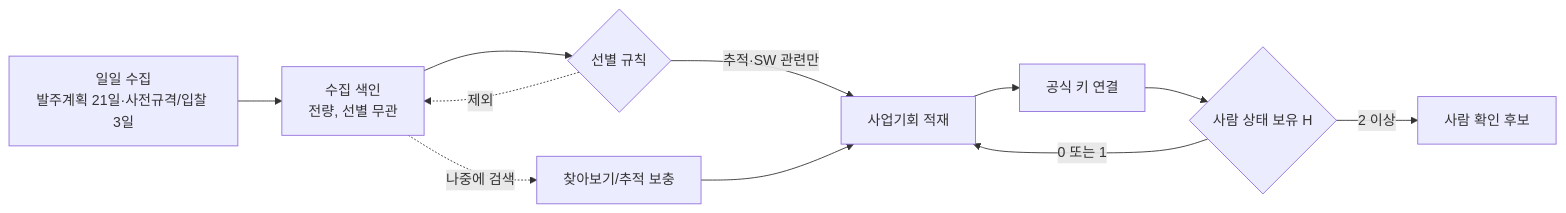
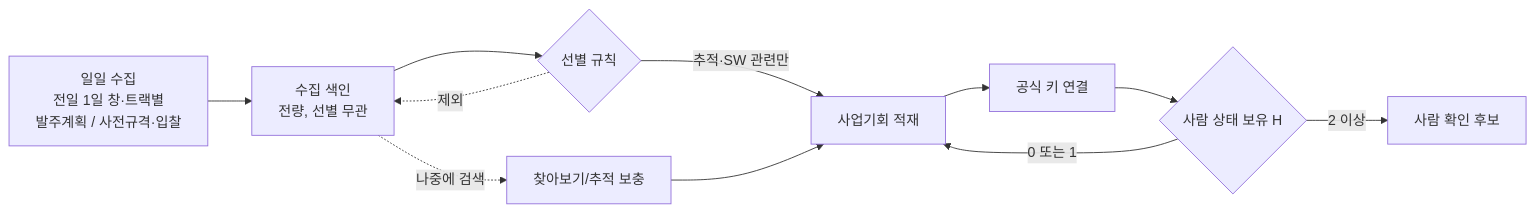
Before and after one commit to jechoiyyy/bidops: the fourth of 9 diagrams in docs/ARCHITECTURE.md, drawn with Mermaid. The commit also changed 5 other files, not shown here.

```diff
--- a/docs/ARCHITECTURE.md
+++ b/docs/ARCHITECTURE.md
@@ -242,21 +242,21 @@
 ~~~mermaid
 flowchart LR
-    daily[일일 수집<br/>발주계획 21일·사전규격/입찰 3일]
+    daily[일일 수집<br/>전일 1일 창·트랙별<br/>발주계획 / 사전규격·입찰]
     index[수집 색인<br/>전량, 선별 무관]
     select{선별 규칙}
     ingest[사업기회 적재]
     link[공식 키 연결]
     merge{사람 상태 보유 H}
     candidate[사람 확인 후보]
     search[찾아보기/추적 보충]
 
     daily --> index
     index --> select
     select -->|추적·SW 관련만| ingest
     select -.제외.-> index
     ingest --> link
     link --> merge
     merge -->|0 또는 1| ingest
     merge -->|2 이상| candidate
     index -.나중에 검색.-> search --> ingest
 ~~~
```
